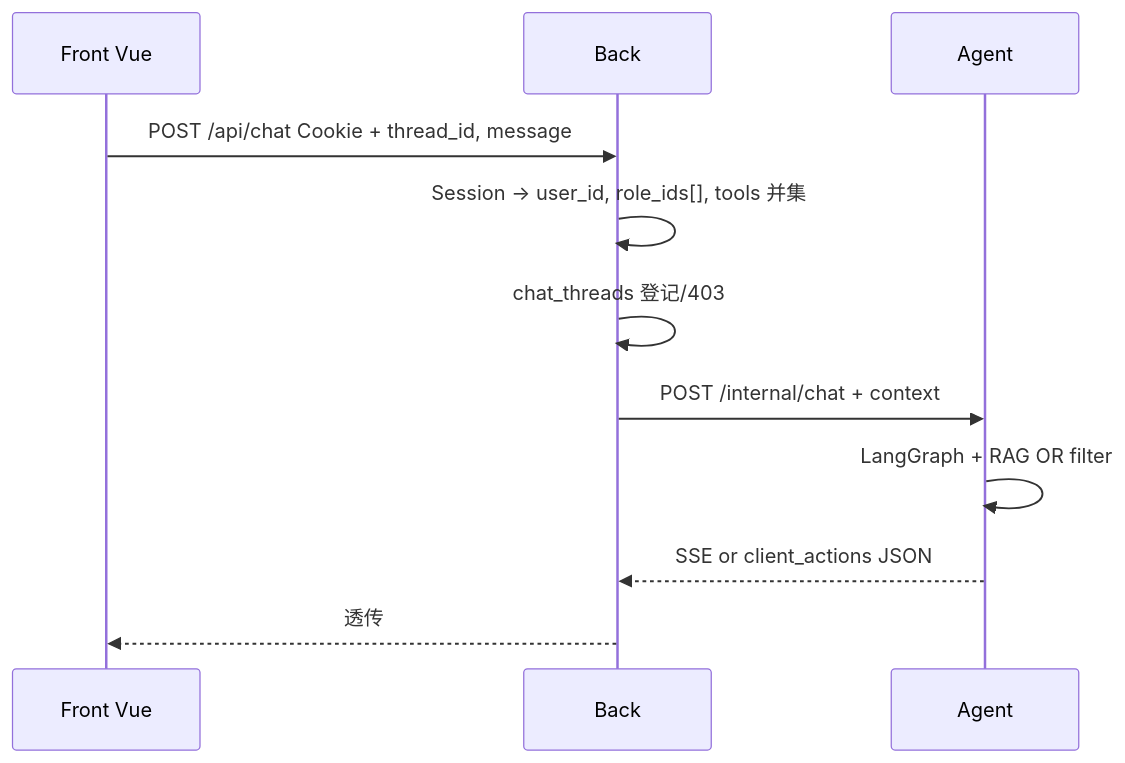
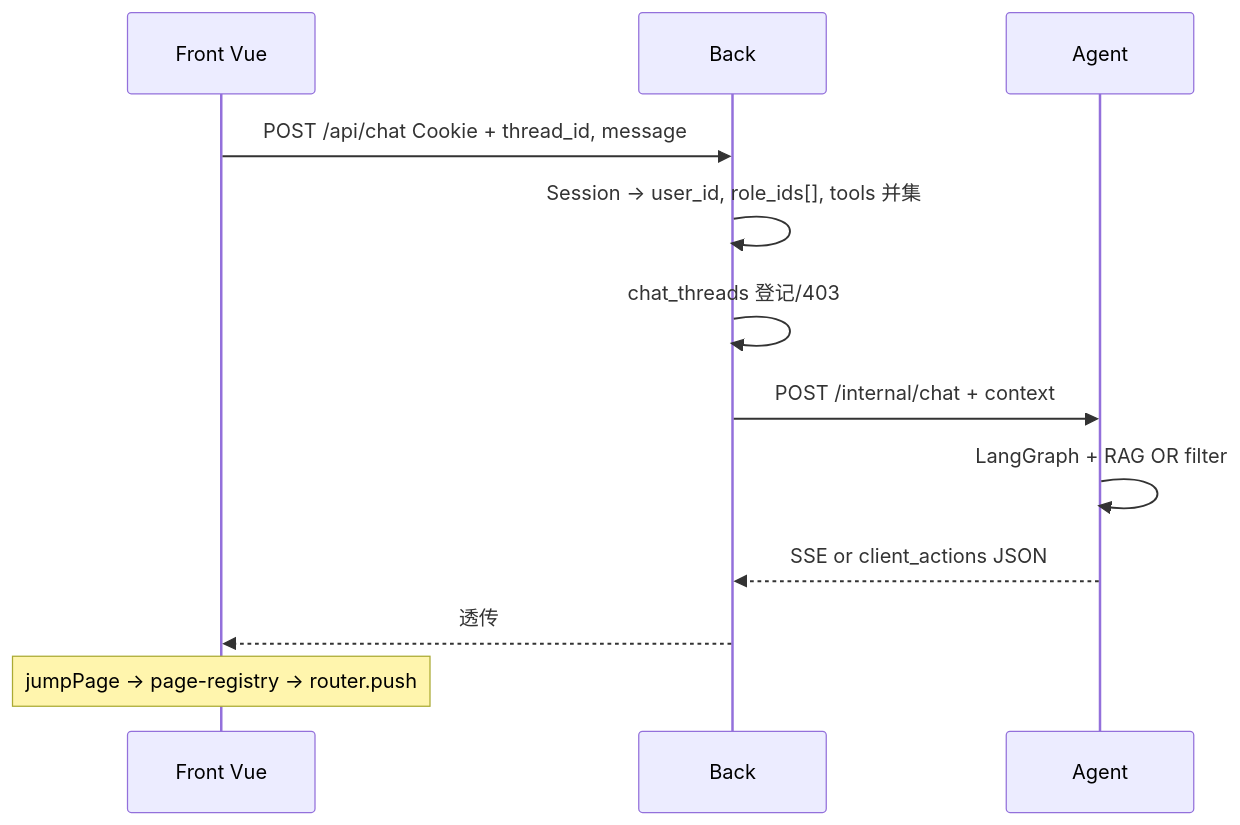
Before and after one commit to lrxCn/commonAgent: the first of 2 diagrams in docs/maps/demo-platform.md, drawn with Mermaid. The commit also changed other lines of this file and 6 other files, not shown here.

First line of the commit message:
docs:105 jumpPage 批次文档收口与 README 契约对齐

````diff
--- a/docs/maps/demo-platform.md
+++ b/docs/maps/demo-platform.md
@@ -48,14 +48,15 @@
 ```mermaid
 sequenceDiagram
   participant F as Front Vue
   participant B as Back
   participant A as Agent
 
   F->>B: POST /api/chat Cookie + thread_id, message
   B->>B: Session → user_id, role_ids[], tools 并集
   B->>B: chat_threads 登记/403
   B->>A: POST /internal/chat + context
   A->>A: LangGraph + RAG OR filter
   A-->>B: SSE or client_actions JSON
   B-->>F: 透传
+  Note over F: jumpPage → page-registry → router.push
 ```
````
